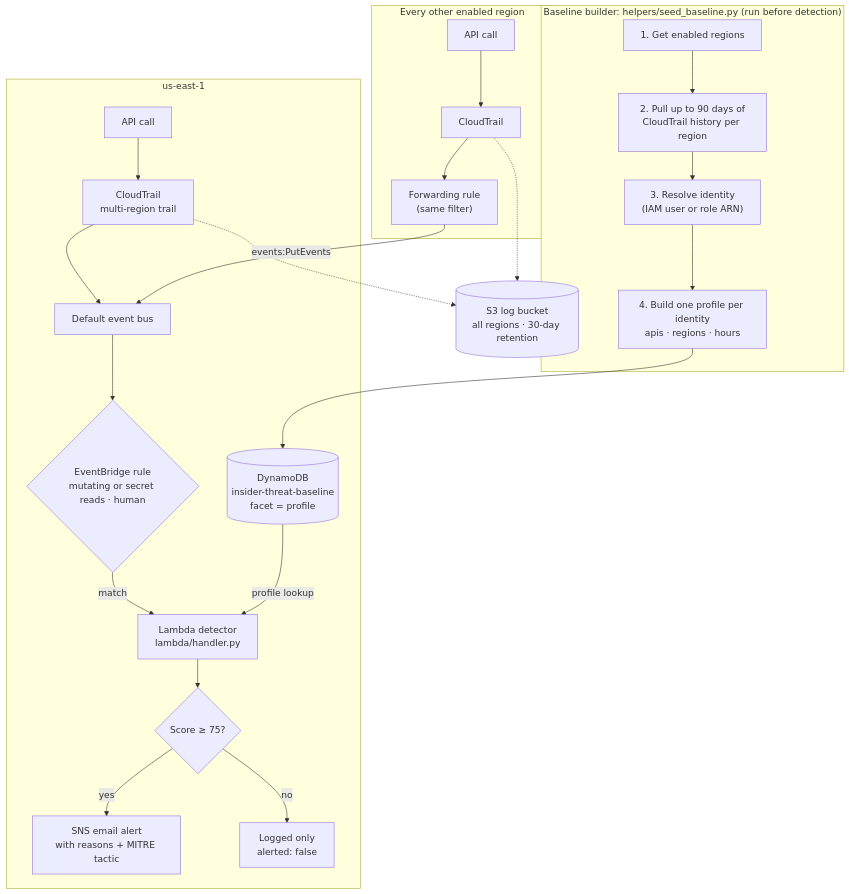
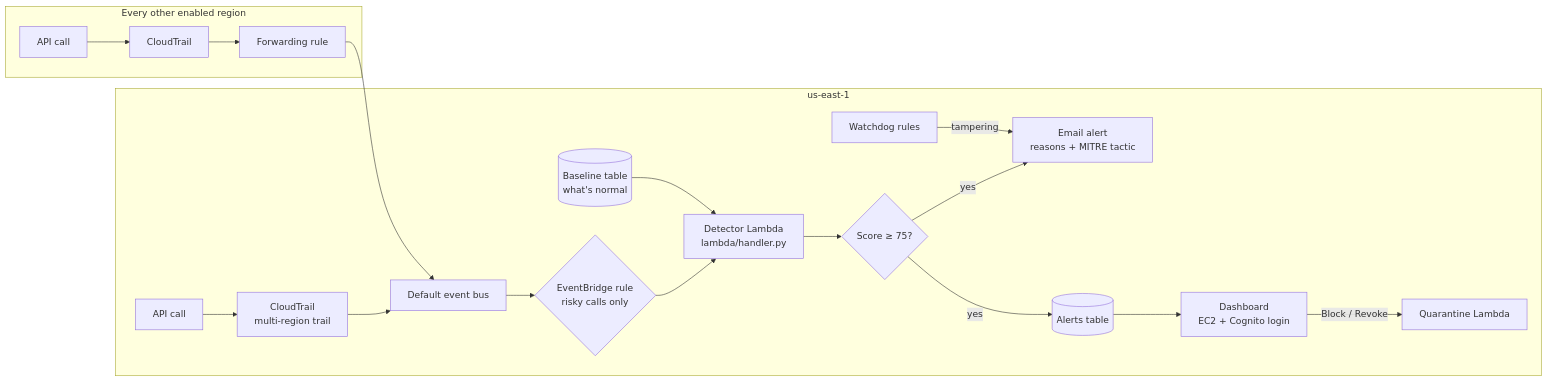
Before and after one commit to RyanSeidel/AWS_IAM_Detection: the diagram in README.md, drawn with Mermaid. The commit also changed other lines of this file, not shown here.

````diff
--- a/README.md
+++ b/README.md
@@ -35,28 +114,21 @@
 ```mermaid
-flowchart TD
-    subgraph BUILD["Baseline builder: helpers/seed_baseline.py (run before detection)"]
-        B1["1. Get enabled regions"] --> B2["2. Pull up to 90 days of<br/>CloudTrail history per region"]
-        B2 --> B3["3. Resolve identity<br/>(IAM user or role ARN)"]
-        B3 --> B4["4. Build one profile per identity<br/>apis · regions · hours"]
-    end
-
-    B4 --> DDB[("DynamoDB<br/>insider-threat-baseline<br/>facet = profile")]
-
+flowchart LR
     subgraph REGIONS["Every other enabled region"]
-        R1["API call"] --> CT1["CloudTrail"] --> FWD["Forwarding rule<br/>(same filter)"]
+        R1["API call"] --> CT1["CloudTrail"] --> FWD["Forwarding rule"]
     end
 
     subgraph HOME["us-east-1"]
         R0["API call"] --> CT0["CloudTrail<br/>multi-region trail"] --> BUS["Default event bus"]
-        BUS --> RULE{"EventBridge rule<br/>mutating or secret reads · human"}
-        RULE -- match --> LAMBDA["Lambda detector<br/>lambda/handler.py"]
-        DDB -- profile lookup --> LAMBDA
+        BUS --> RULE{"EventBridge rule<br/>risky calls only"}
+        RULE --> LAMBDA["Detector Lambda<br/>lambda/handler.py"]
+        BASE[("Baseline table<br/>what's normal")] --> LAMBDA
         LAMBDA --> SCORE{"Score ≥ 75?"}
-        SCORE -- yes --> SNS["SNS email alert<br/>with reasons + MITRE tactic"]
-        SCORE -- no --> LOG["Logged only<br/>alerted: false"]
+        SCORE -- yes --> SNS["Email alert<br/>reasons + MITRE tactic"]
+        SCORE -- yes --> ALERTS[("Alerts table")]
+        ALERTS --> DASH["Dashboard<br/>EC2 + Cognito login"]
+        DASH -- Block / Revoke --> Q["Quarantine Lambda"]
+        WATCH["Watchdog rules"] -- tampering --> SNS
     end
 
-    FWD -->|events:PutEvents| BUS
-    CT0 -.-> S3[("S3 log bucket<br/>all regions · 30-day retention")]
-    CT1 -.-> S3
+    FWD --> BUS
 ```
````
